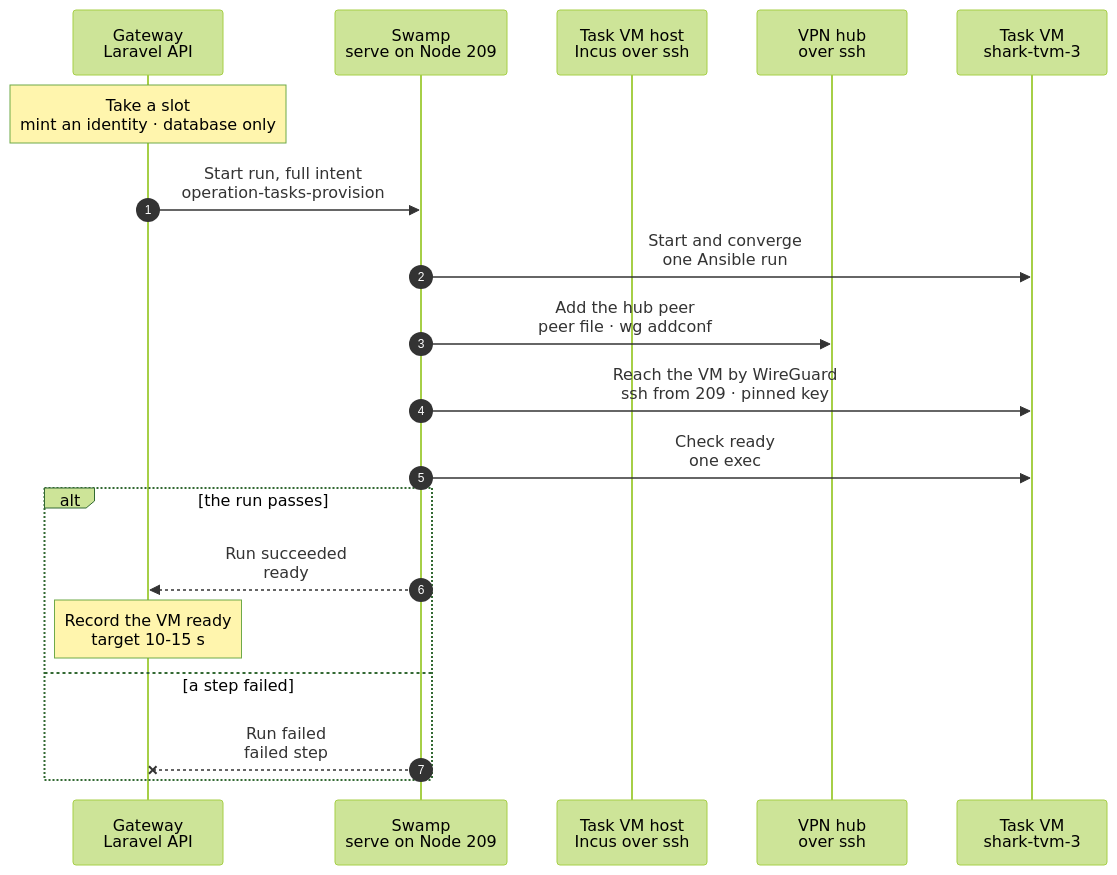
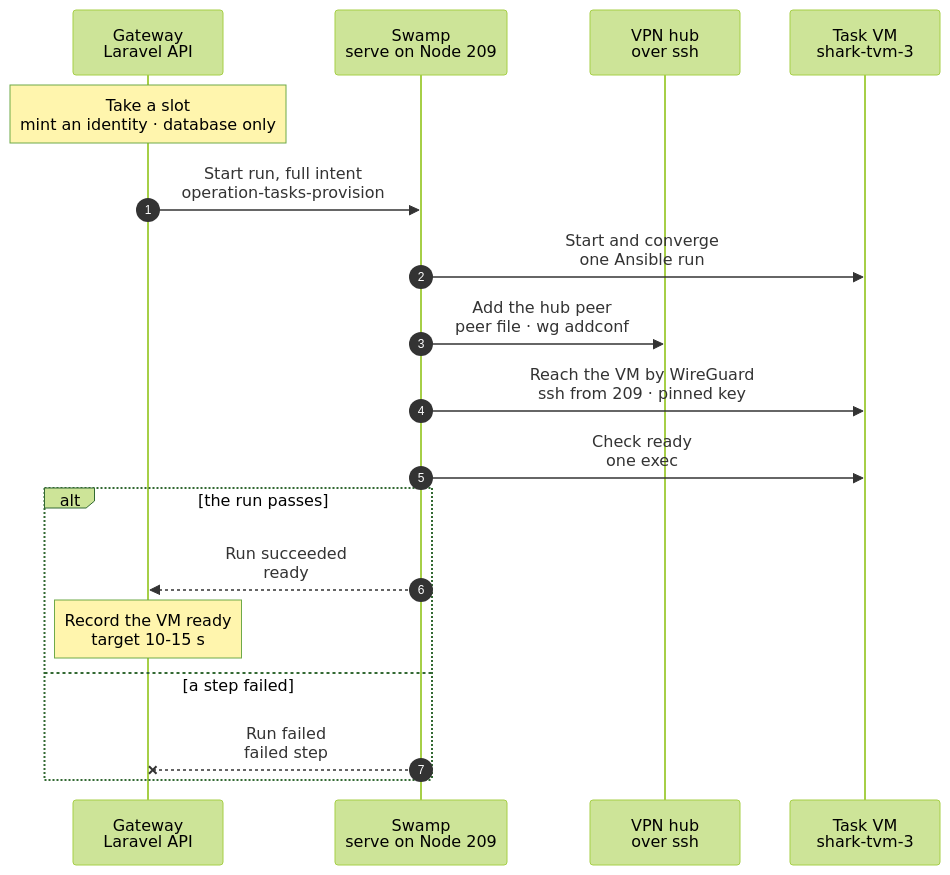
Before and after one commit to hardimpactdev/orbit: the diagram in docs/cli/tasks/provision.mmd, drawn with Mermaid (forest theme). The commit also changed 4 other files, not shown here.

Commit message:
Review fixes: 60 s connection wait, stage 2 chart and docs, tests for the intent key and the host pins

```diff
--- a/docs/cli/tasks/provision.mmd
+++ b/docs/cli/tasks/provision.mmd
@@ -1,57 +1,55 @@
 sequenceDiagram
   %% Target design (agreed with Nick, 2026-11-07): a task start copies the host's base VM snapshot and gives the copy a fresh identity. There are no fixed slot identities: a slot is only a place under the host's capacity (`max_vms`), and the VM is named `<host>-tvm-<n>` by its slot number.
   %% status: draft
   %% command: tasks:provision
   %% kind: tasks.provision
   autonumber
   %% lane GW icon=gateway pill=intent tone=blue
   %% lane SW icon=workflow pill=executes tone=green
-  %% lane H icon=server pill=target tone=amber
   %% lane HUB icon=server pill=target tone=purple
   %% lane VM icon=server pill=task VM tone=purple
   participant GW as Gateway<br/>Laravel API
   participant SW as Swamp<br/>serve on Node 209
-  participant H as Task VM host<br/>Incus over ssh
   participant HUB as VPN hub<br/>over ssh
   participant VM as Task VM<br/>shark-tvm-3
   Note over GW: Take a slot<br/>mint an identity · database only
   %%> Started by:
   %%> - `tasks:provision` for a todo group, from proof CI or feature work
   %%> Result:
   %%> - the lowest free slot number under the capacity of the host with the most room: `shark-tvm-3`
   %%> - a fresh identity: the Node record with its `app-dev` role, a WireGuard key pair, the agent secret and an SSH host key, pinned on the Node from the start so nothing is read back
   %%> - the claim's Pi token and Pi models file in the vault; the file holds the model router guard origin and the one fixed model key, the same for every VM
   GW->>SW: Start run, full intent<br/>operation-tasks-provision
   SW->>VM: Start and converge<br/>one Ansible run
   %%> What it does:
   %%> - one `ansible-playbook` run with two parts, and no second start: the host part runs on the task VM host over ssh, then the converge runs on the VM over WireGuard
   %%> - host part: `incus copy` of the base VM's recorded snapshot and a clone of its seed snapshot (ZFS clones); an identity volume of the VM with the identity and the claim (the Pi token and the Pi models file), pushed from the vault on stdin; then `incus start`. It waits for nothing in the guest
   %%> - Pi calls the guard with the fixed key from the VM's own WireGuard address; the start makes no model router call and registers no key
   %%> - at boot, the base's `orbit-identity` unit applies the identity volume before sshd, WireGuard and the agent start, then unmounts it; sshd answers over WireGuard about 6 s after the start
   %%> - the containers start by themselves (`boot.autostart`) and already hold the proof Swamp Club key of the base
   %%> - converge part: the same Ansible converge as the release refresh, with the address and host key of the admission; it starts as soon as sshd answers and reads nothing back from the host
   %%> - the glue is one write of the intent and the step that builds the playbook input and starts Ansible; nothing is read from the host
   %%> - with no delta every part is skipped, and it catches up a small delta when main moved since the last release
   %%> - the nested Gateway's services restart only when `apps/gateway` changed since the base, and its agent delivery manifest is placed only when the pinned agent build changed; a commit that changes neither does neither
   %%> - the containers' `base` snapshots belong to the refresh: a task start never retakes them
   %%> - then the new task branch on the checkout; it waits for no nested service
   SW->>HUB: Add the hub peer<br/>peer file · wg addconf
   %%> Runs beside the step before it: Swamp starts both at once.
   %%> What it does:
   %%> - the VM's public key and address on the WireGuard hub, while the VM boots; the converge part waits for the connection, and the readiness steps below wait for this step
   SW->>VM: Reach the VM by WireGuard<br/>ssh from 209 · pinned key
   %%> What it does:
   %%> - the path every later step takes (sync, check, turn, script): ssh from a Swamp worker to the VM's WireGuard address with its pinned host key
   %%> - runs beside the readiness read
   SW->>VM: Check ready<br/>one exec
   %%> What it does:
   %%> - what a task needs: the agent, Pi, the tunnel and the three containers running; Swamp's `assert` decides
   %%> - the tunnel counts as up once WireGuard has a handshake with the hub; the hub answers no ping from a task VM
   alt the run passes
     SW-->>GW: Run succeeded<br/>ready
     Note over GW: Record the VM ready<br/>target 10-15 s
   else a step failed
     SW--xGW: Run failed<br/>failed step
     %%> On failure:
     %%> - the release runs: the VM, its seed clone, its identity volume, the hub peer, the keys and the Node record go, and the slot is free
   end
```
